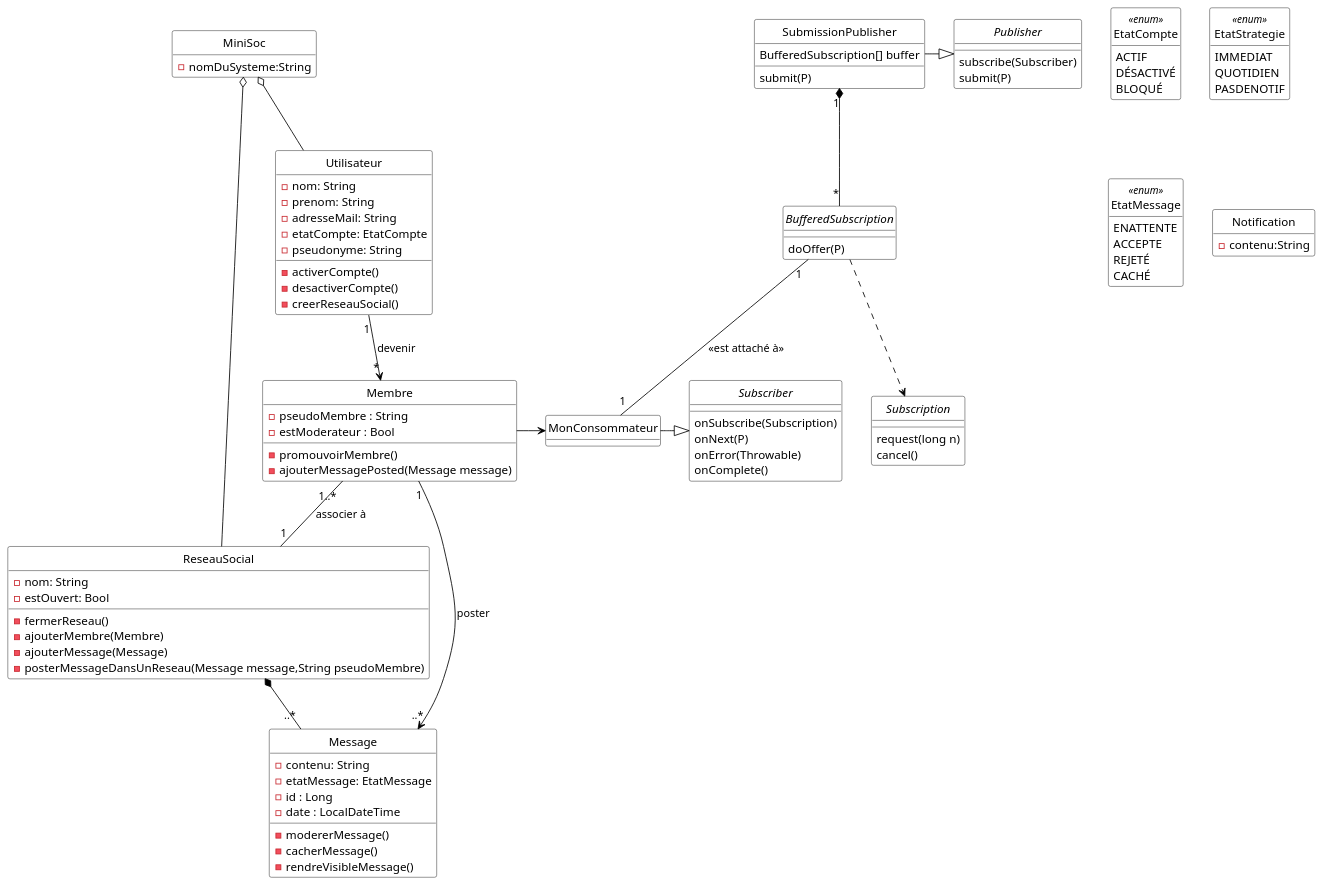
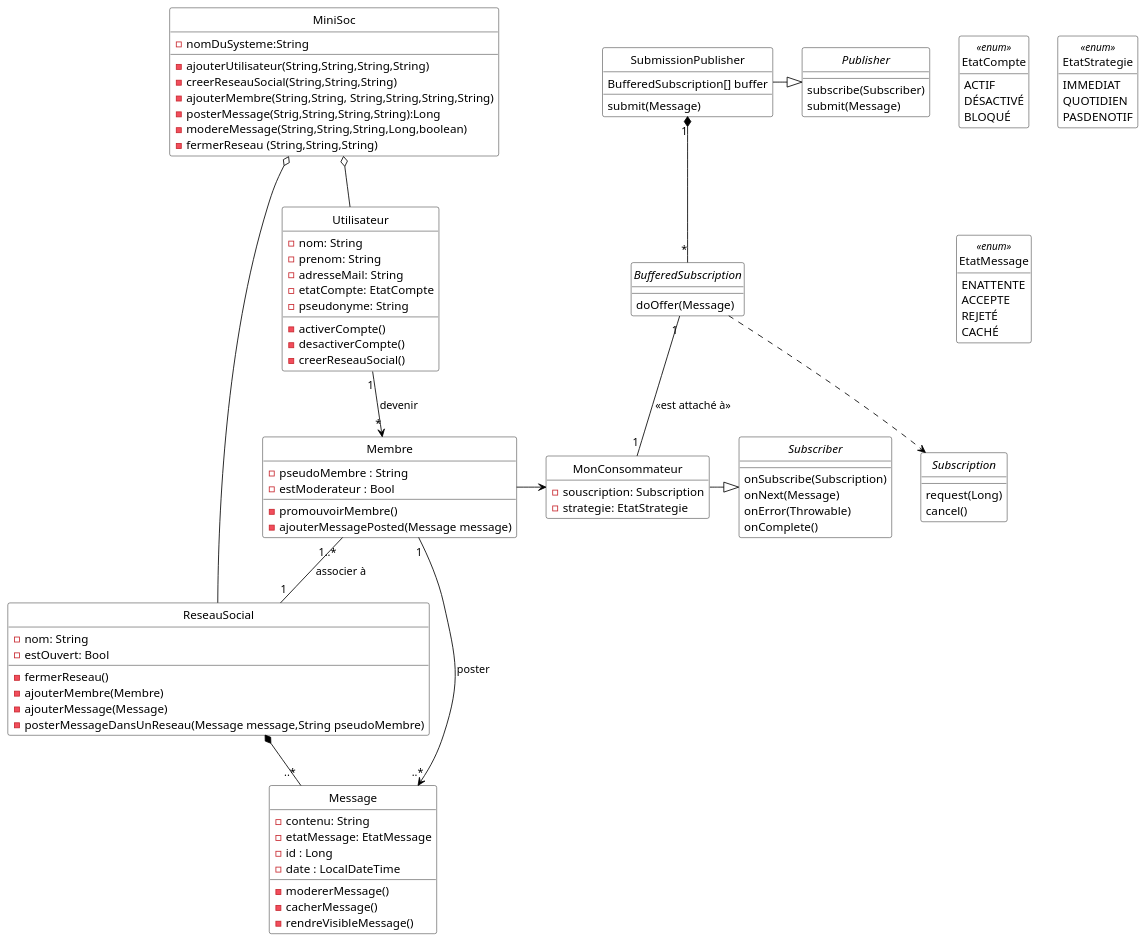
The diagram in Diagrammes/minisocs_uml_diag_classes_sans_notif.pu (yesminete/MiniSocs), drawn with PlantUML before and after one commit. The commit also changed 10 other files, not shown here.

```diff
--- a/Diagrammes/minisocs_uml_diag_classes_sans_notif.pu
+++ b/Diagrammes/minisocs_uml_diag_classes_sans_notif.pu
@@ -1,132 +1,135 @@
 @startuml
 
 'Diagramme de classes (PlantUML)'
 
 'Configuration charte graphique'
 hide empty methods
 hide circle
 skinparam class {
   BackgroundColor White
   ArrowColor Black
   BorderColor Black
 }
 
 'Classes, énumérations, etc.'
 class ReseauSocial {
   -nom: String
   -estOuvert: Bool
   -fermerReseau()
   -ajouterMembre(Membre)
   -ajouterMessage(Message)
   -posterMessageDansUnReseau(Message message,String pseudoMembre)
 }
 
 
 class Utilisateur {
   -nom: String
   -prenom: String
   -adresseMail: String
   -etatCompte: EtatCompte
   -pseudonyme: String
   -activerCompte()
   -desactiverCompte()
   -creerReseauSocial()
 }
 
 
 class Membre{
   -pseudoMembre : String
   -estModerateur : Bool
   -promouvoirMembre()
   -ajouterMessagePosted(Message message)
 }
 
 class Message{
   -contenu: String
   -etatMessage: EtatMessage
   -id : Long
   -date : LocalDateTime
   -modererMessage()
   -cacherMessage()
   -rendreVisibleMessage()
 }
 
 class MiniSoc{
 -nomDuSysteme:String
+-ajouterUtilisateur(String,String,String,String)
+-creerReseauSocial(String,String,String) 
+-ajouterMembre(String,String, String,String,String,String) 
+-posterMessage(Strig,String,String,String):Long
+-modereMessage(String,String,String,Long,boolean)
+-fermerReseau (String,String,String)
 }
 
 enum EtatCompte <<enum>> {
   ACTIF
   DÉSACTIVÉ
   BLOQUÉ
 }
 
 enum EtatStrategie <<enum>> {
   IMMEDIAT
   QUOTIDIEN
   PASDENOTIF
 }
 
 
 enum EtatMessage <<enum>>{
   ENATTENTE
   ACCEPTE
   REJETÉ
   CACHÉ
 }
 
 
 interface Publisher {
   subscribe(Subscriber)
-  submit(P)
+  submit(Message)
 }
 
 interface Subscription {
-  request(long n)
+  request(Long)
   cancel()
 }
 
 interface Subscriber {
   onSubscribe(Subscription)
-  onNext(P)
+  onNext(Message)
   onError(Throwable)
   onComplete()
 }
 
 class SubmissionPublisher {
   BufferedSubscription[] buffer
-  submit(P)
+  submit(Message)
 }
 
 interface BufferedSubscription{
-  doOffer(P)
+  doOffer(Message)
 }
 
 class MonConsommateur{
-
-}
-
-class Notification{
-  -contenu:String
+  -souscription: Subscription
+  -strategie: EtatStrategie  
 }
 
 'Associations, etc.'
 
 MiniSoc o-- Utilisateur
 MiniSoc o-- ReseauSocial
 Utilisateur "1"-->"*" Membre : devenir 
 Membre "1..*"--"1" ReseauSocial : associer à
 Membre "1"-->"..*" Message : poster
 ReseauSocial *--"..*" Message
 SubmissionPublisher -|> Publisher
 SubmissionPublisher "1" *-- "*" BufferedSubscription
 BufferedSubscription .down.> Subscription 
 MonConsommateur -|> Subscriber
 Membre -> MonConsommateur
 BufferedSubscription "1" -- "1" MonConsommateur : <<est attaché à>>
 
 
 
 'Au besoin, aides pour le positionnement'
 
 @enduml
```
